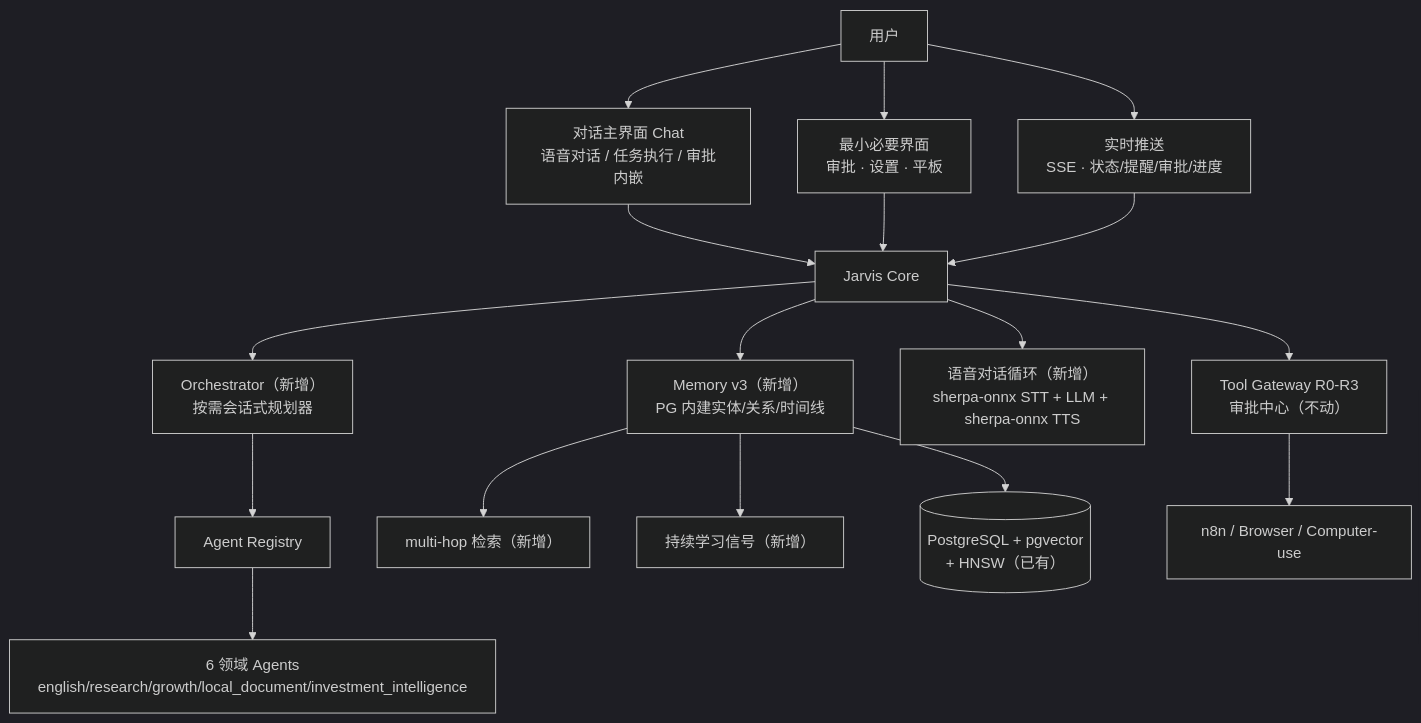
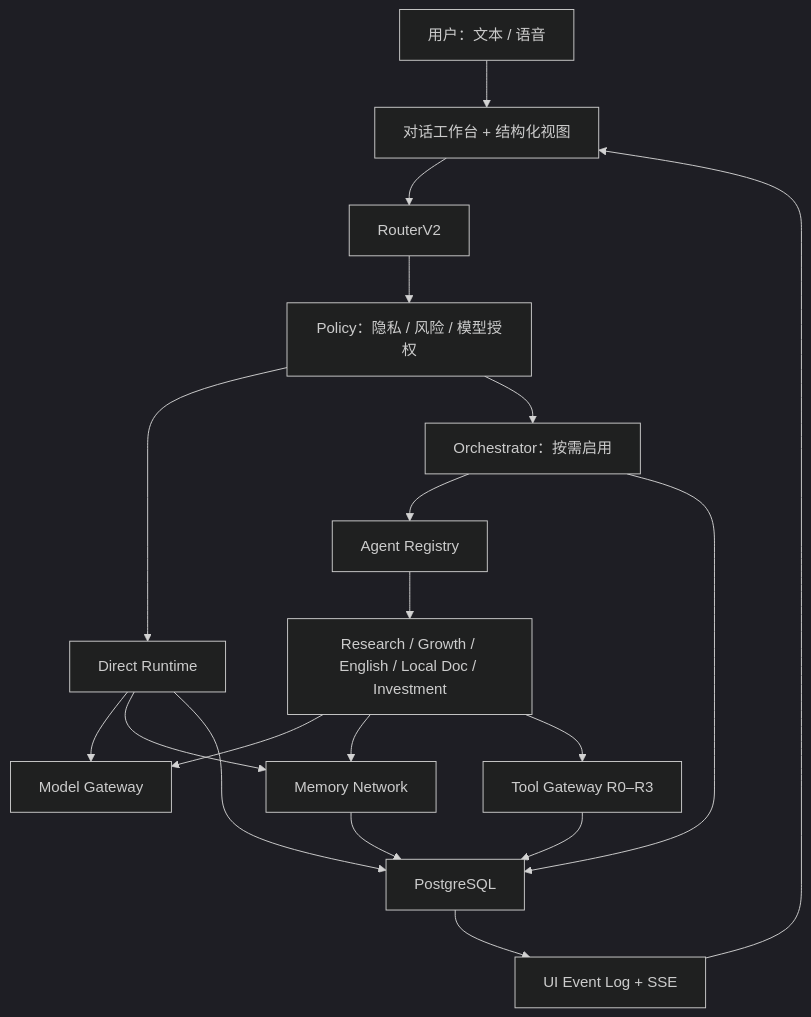
Before and after one commit to Lyb-L-dev/jarvis-os: the first of 2 diagrams in docs/JARVIS_OS_V3_PLAN.md, drawn with Mermaid (dark theme). The commit also changed other lines of this file and 13 other files, not shown here.

Commit message:
docs(v3): refine v1.2 roadmap and delivery boundaries

````diff
--- a/docs/JARVIS_OS_V3_PLAN.md
+++ b/docs/JARVIS_OS_V3_PLAN.md
@@ -65,23 +82,21 @@
 ```mermaid
-flowchart TB
-    USER["用户"] --> CUI["对话主界面 Chat<br/>语音对话 / 任务执行 / 审批内嵌"]
-    USER --> MINI["最小必要界面<br/>审批 · 设置 · 平板"]
-    USER --> PUSH["实时推送<br/>SSE · 状态/提醒/审批/进度"]
-
-    CUI --> CORE["Jarvis Core"]
-    MINI --> CORE
-    PUSH --> CORE
-
-    CORE --> ORCH["Orchestrator（新增）<br/>按需会话式规划器"]
-    ORCH --> REG["Agent Registry"]
-    REG --> AG["6 领域 Agents<br/>english/research/growth/local_document/investment_intelligence"]
-
-    CORE --> MEM2["Memory v3（新增）<br/>PG 内建实体/关系/时间线"]
-    MEM2 --> MULTI["multi-hop 检索（新增）"]
-    MEM2 --> LEARN["持续学习信号（新增）"]
-    MEM2 --> VEC[("PostgreSQL + pgvector<br/>+ HNSW（已有）")]
-
-    CORE --> VOICE["语音对话循环（新增）<br/>sherpa-onnx STT + LLM + sherpa-onnx TTS"]
-    CORE --> SAFE["Tool Gateway R0-R3<br/>审批中心（不动）"]
-    SAFE --> EXT["n8n / Browser / Computer-use"]
+flowchart TD
+    USER["用户：文本 / 语音"] --> UI["对话工作台 + 结构化视图"]
+    UI --> ROUTER["RouterV2"]
+    ROUTER --> POLICY["Policy：隐私 / 风险 / 模型授权"]
+    POLICY --> DIRECT["Direct Runtime"]
+    POLICY --> ORCH["Orchestrator：按需启用"]
+    ORCH --> REGISTRY["Agent Registry"]
+    REGISTRY --> AGENTS["Research / Growth / English / Local Doc / Investment"]
+    DIRECT --> MODEL["Model Gateway"]
+    AGENTS --> MODEL
+    DIRECT --> MEMORY["Memory Network"]
+    AGENTS --> MEMORY
+    AGENTS --> TOOL["Tool Gateway R0–R3"]
+    DIRECT --> PG["PostgreSQL"]
+    ORCH --> PG
+    MEMORY --> PG
+    TOOL --> PG
+    PG --> EVENTS["UI Event Log + SSE"]
+    EVENTS --> UI
 ```
````
